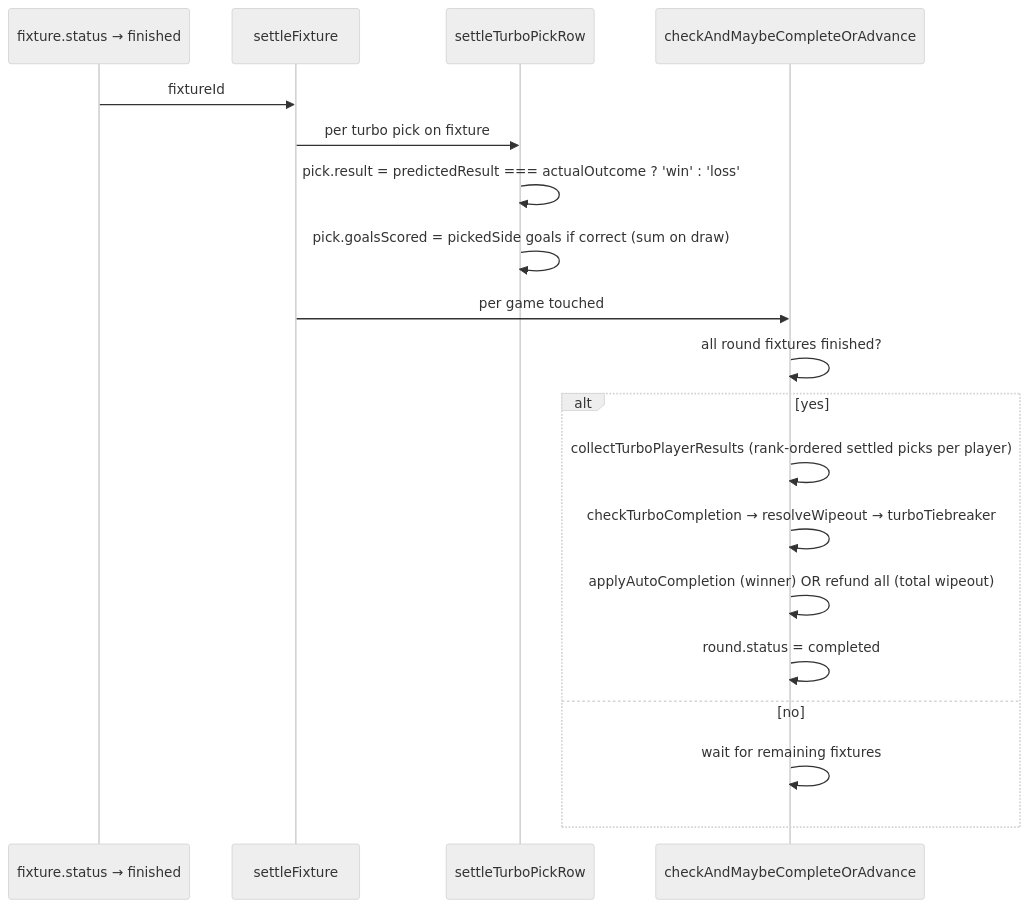
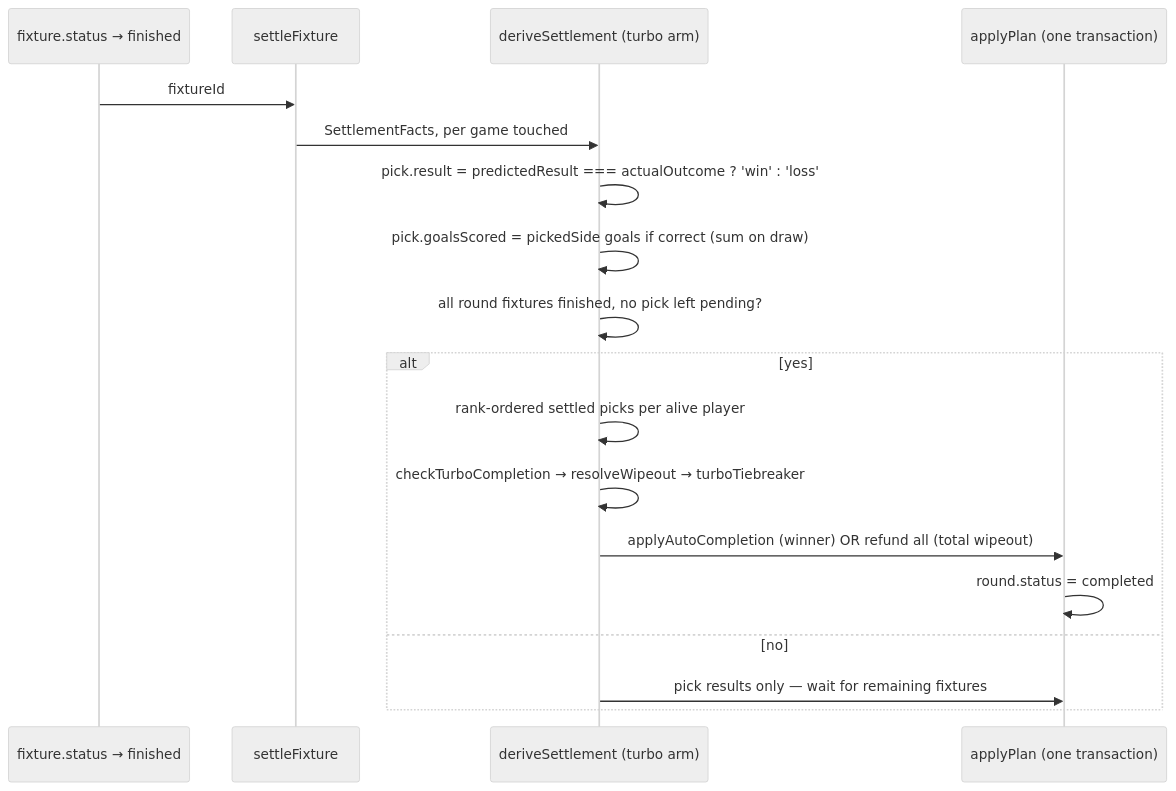
One commit to lennons301/last-person-standing changed the first of 2 diagrams in docs/game-modes/turbo.md. Above: the diagram before and after it, drawn with Mermaid (neutral theme). The commit also changed 23 other files, not shown here.

First line of the commit message:
Settlement: one mode dispatch + a transaction seam (deriveSettlement/applyPlan) (#262)

````diff
--- a/docs/game-modes/turbo.md
+++ b/docs/game-modes/turbo.md
@@ -19,22 +19,21 @@
 ```mermaid
 sequenceDiagram
     participant Trigger as fixture.status → finished
     participant Settle as settleFixture
-    participant Settle1 as settleTurboPickRow
-    participant Complete as checkAndMaybeCompleteOrAdvance
+    participant Derive as deriveSettlement (turbo arm)
+    participant Apply as applyPlan (one transaction)
 
     Trigger->>Settle: fixtureId
-    Settle->>Settle1: per turbo pick on fixture
-    Settle1->>Settle1: pick.result = predictedResult === actualOutcome ? 'win' : 'loss'
-    Settle1->>Settle1: pick.goalsScored = pickedSide goals if correct (sum on draw)
-    Settle->>Complete: per game touched
-    Complete->>Complete: all round fixtures finished?
+    Settle->>Derive: SettlementFacts, per game touched
+    Derive->>Derive: pick.result = predictedResult === actualOutcome ? 'win' : 'loss'
+    Derive->>Derive: pick.goalsScored = pickedSide goals if correct (sum on draw)
+    Derive->>Derive: all round fixtures finished, no pick left pending?
     alt yes
-        Complete->>Complete: collectTurboPlayerResults (rank-ordered settled picks per player)
-        Complete->>Complete: checkTurboCompletion → resolveWipeout → turboTiebreaker
-        Complete->>Complete: applyAutoCompletion (winner) OR refund all (total wipeout)
-        Complete->>Complete: round.status = completed
+        Derive->>Derive: rank-ordered settled picks per alive player
+        Derive->>Derive: checkTurboCompletion → resolveWipeout → turboTiebreaker
+        Derive->>Apply: applyAutoCompletion (winner) OR refund all (total wipeout)
+        Apply->>Apply: round.status = completed
     else no
-        Complete->>Complete: wait for remaining fixtures
+        Derive->>Apply: pick results only — wait for remaining fixtures
     end
 ```
````
